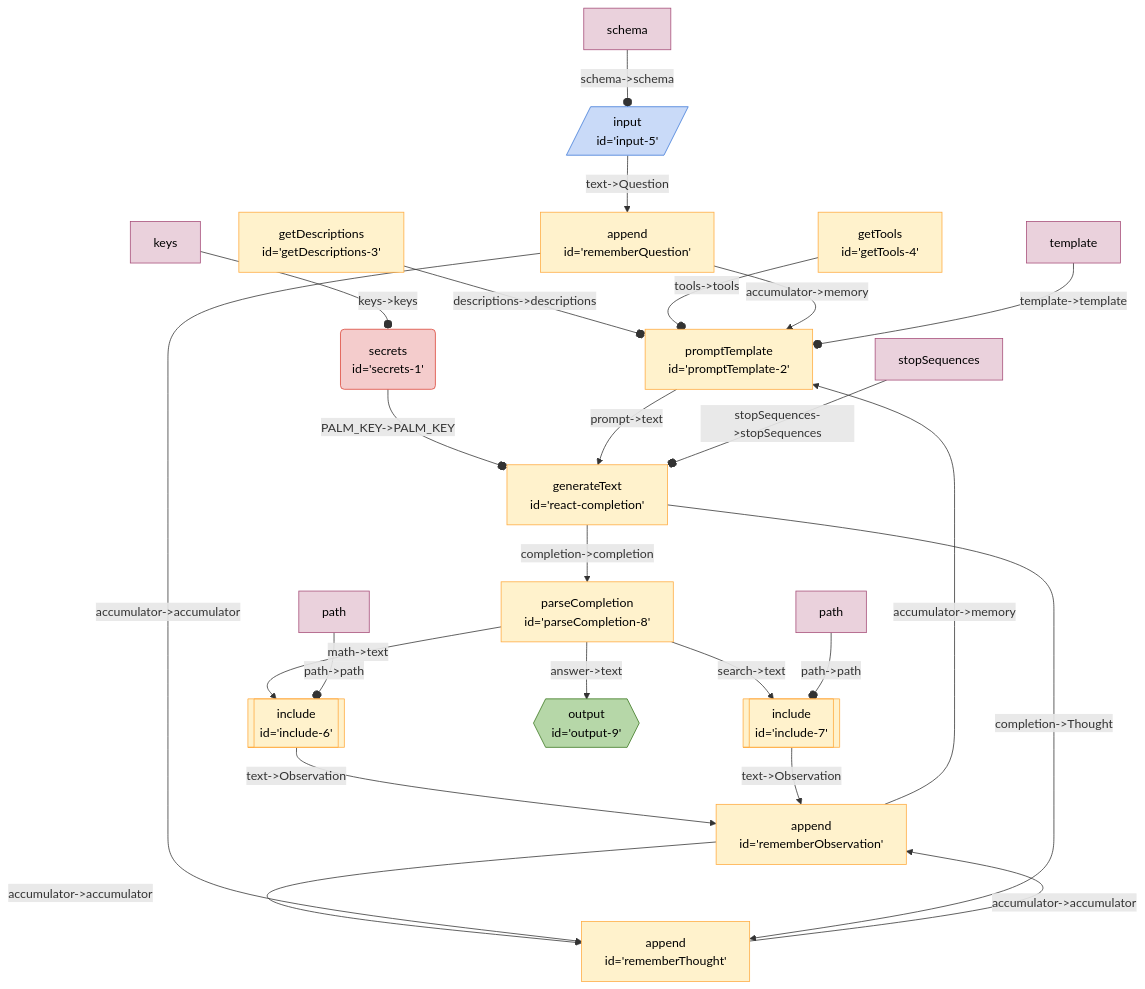
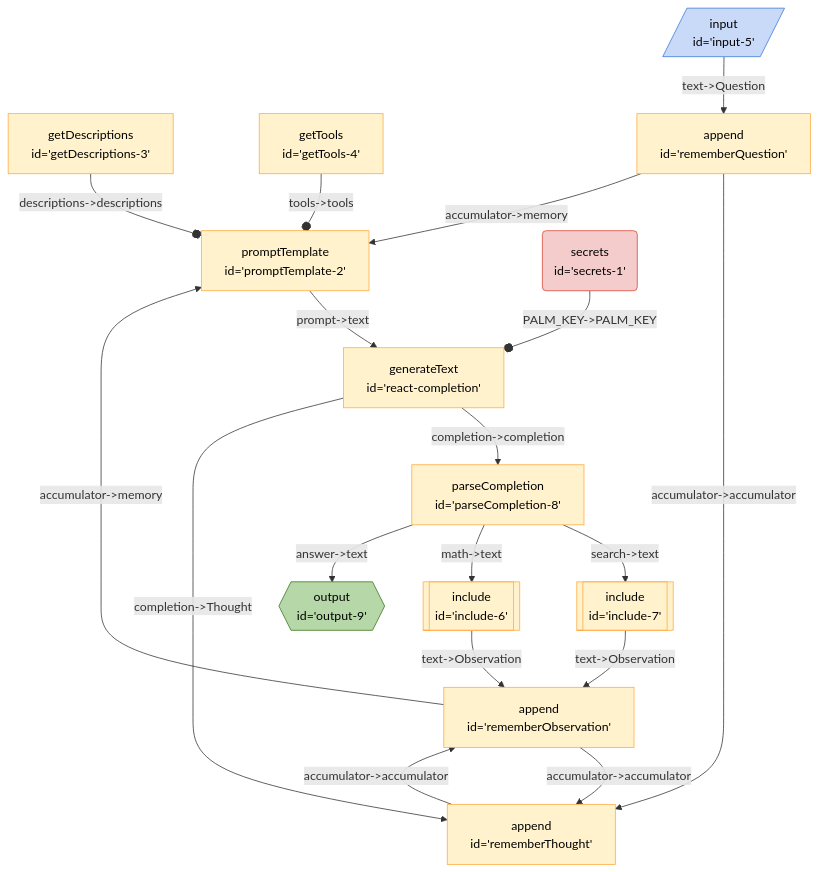
The diagram in seeds/graph-playground/docs/graphs/react-with-include.md (breadboard-ai/breadboard), drawn with Mermaid before and after one commit. The commit also changed 30 other files, not shown here.

````diff
--- a/seeds/graph-playground/docs/graphs/react-with-include.md
+++ b/seeds/graph-playground/docs/graphs/react-with-include.md
@@ -5,35 +5,29 @@
   ```mermaid
   %%{init: 'themeVariables': { 'fontFamily': 'Fira Code, monospace' }}%%
 graph TD;
 getDescriptions3["getDescriptions <br> id='getDescriptions-3'"] -- "descriptions->descriptions" --o promptTemplate2["promptTemplate <br> id='promptTemplate-2'"]
 getTools4["getTools <br> id='getTools-4'"] -- "tools->tools" --o promptTemplate2["promptTemplate <br> id='promptTemplate-2'"]
 rememberObservation["append <br> id='rememberObservation'"] -- "accumulator->memory" --> promptTemplate2["promptTemplate <br> id='promptTemplate-2'"]
 rememberThought["append <br> id='rememberThought'"] -- "accumulator->accumulator" --> rememberObservation["append <br> id='rememberObservation'"]
 rememberObservation["append <br> id='rememberObservation'"] -- "accumulator->accumulator" --> rememberThought["append <br> id='rememberThought'"]
 rememberQuestion["append <br> id='rememberQuestion'"] -- "accumulator->accumulator" --> rememberThought["append <br> id='rememberThought'"]
 rememberQuestion["append <br> id='rememberQuestion'"] -- "accumulator->memory" --> promptTemplate2["promptTemplate <br> id='promptTemplate-2'"]
 input5[/"input <br> id='input-5'"/]:::input -- "text->Question" --> rememberQuestion["append <br> id='rememberQuestion'"]
 secrets1("secrets <br> id='secrets-1'"):::secrets -- "PALM_KEY->PALM_KEY" --o reactcompletion["generateText <br> id='react-completion'"]
 include6[["include <br> id='include-6'"]]:::include -- "text->Observation" --> rememberObservation["append <br> id='rememberObservation'"]
 include7[["include <br> id='include-7'"]]:::include -- "text->Observation" --> rememberObservation["append <br> id='rememberObservation'"]
 parseCompletion8["parseCompletion <br> id='parseCompletion-8'"] -- "search->text" --> include7[["include <br> id='include-7'"]]:::include
 parseCompletion8["parseCompletion <br> id='parseCompletion-8'"] -- "math->text" --> include6[["include <br> id='include-6'"]]:::include
 parseCompletion8["parseCompletion <br> id='parseCompletion-8'"] -- "answer->text" --> output9{{"output <br> id='output-9'"}}:::output
 reactcompletion["generateText <br> id='react-completion'"] -- "completion->completion" --> parseCompletion8["parseCompletion <br> id='parseCompletion-8'"]
 reactcompletion["generateText <br> id='react-completion'"] -- "completion->Thought" --> rememberThought["append <br> id='rememberThought'"]
 promptTemplate2["promptTemplate <br> id='promptTemplate-2'"] -- "prompt->text" --> reactcompletion["generateText <br> id='react-completion'"]
-keyssecrets1[keys]:::config -- "keys->keys" --o secrets1
-templatepromptTemplate2[template]:::config -- "template->template" --o promptTemplate2
-schemainput5[schema]:::config -- "schema->schema" --o input5
-stopSequencesreactcompletion[stopSequences]:::config -- "stopSequences->stopSequences" --o reactcompletion
-pathinclude6[path]:::config -- "path->path" --o include6
-pathinclude7[path]:::config -- "path->path" --o include7
 classDef default stroke:#ffab40,fill:#fff2ccff,color:#000
 classDef input stroke:#3c78d8,fill:#c9daf8ff,color:#000
 classDef output stroke:#38761d,fill:#b6d7a8ff,color:#000
 classDef passthrough stroke:#a64d79,fill:#ead1dcff,color:#000
 classDef slot stroke:#a64d79,fill:#ead1dcff,color:#000
 classDef config stroke:#a64d79,fill:#ead1dcff,color:#000
 classDef secrets stroke:#db4437,fill:#f4cccc,color:#000
 classDef slotted stroke:#a64d79
   ```
````
